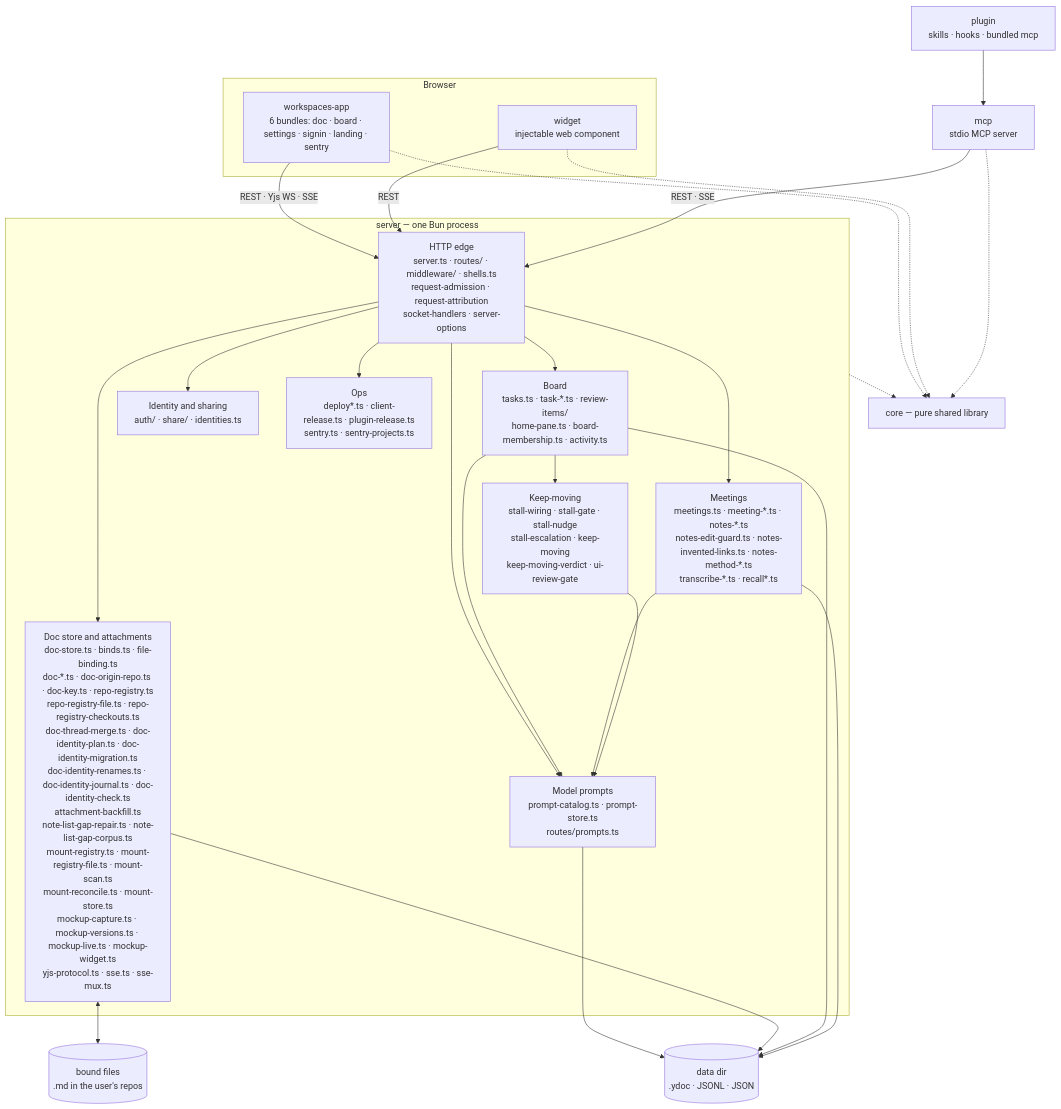
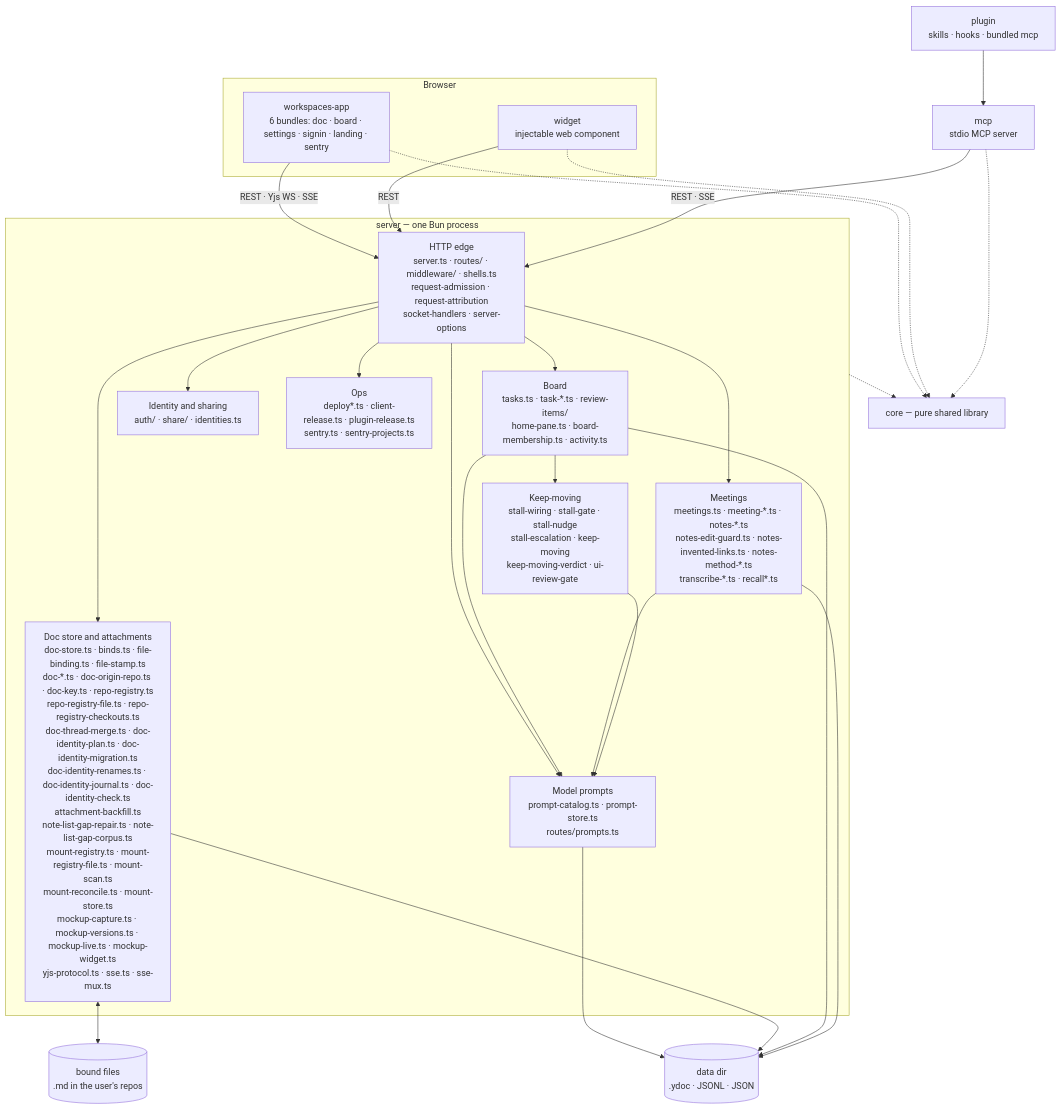
Before and after one commit to fryanpan/claude-workspaces-plugin: the first of 2 diagrams in docs/architecture/overview.md, drawn with Mermaid. The commit also changed other lines of this file and 10 other files, not shown here.

````diff
--- a/docs/architecture/overview.md
+++ b/docs/architecture/overview.md
@@ -45,35 +45,35 @@
 ```mermaid
 flowchart TB
   subgraph browser[Browser]
     app["workspaces-app<br/>6 bundles: doc · board · settings · signin · landing · sentry"]
     wid["widget<br/>injectable web component"]
   end
   plug["plugin<br/>skills · hooks · bundled mcp"]
   mcp["mcp<br/>stdio MCP server"]
   subgraph srv["server — one Bun process"]
     edge["HTTP edge<br/>server.ts · routes/ · middleware/ · shells.ts<br/>request-admission · request-attribution<br/>socket-handlers · server-options"]
-    docs["Doc store and attachments<br/>doc-store.ts · binds.ts · file-binding.ts<br/>doc-*.ts · doc-origin-repo.ts · doc-key.ts · repo-registry.ts<br/>repo-registry-file.ts · repo-registry-checkouts.ts<br/>doc-thread-merge.ts · doc-identity-plan.ts · doc-identity-migration.ts<br/>doc-identity-renames.ts · doc-identity-journal.ts · doc-identity-check.ts<br/>attachment-backfill.ts<br/>note-list-gap-repair.ts · note-list-gap-corpus.ts<br/>mount-registry.ts · mount-registry-file.ts · mount-scan.ts<br/>mount-reconcile.ts · mount-store.ts<br/>mockup-capture.ts · mockup-versions.ts · mockup-live.ts · mockup-widget.ts<br/>yjs-protocol.ts · sse.ts · sse-mux.ts"]
+    docs["Doc store and attachments<br/>doc-store.ts · binds.ts · file-binding.ts · file-stamp.ts<br/>doc-*.ts · doc-origin-repo.ts · doc-key.ts · repo-registry.ts<br/>repo-registry-file.ts · repo-registry-checkouts.ts<br/>doc-thread-merge.ts · doc-identity-plan.ts · doc-identity-migration.ts<br/>doc-identity-renames.ts · doc-identity-journal.ts · doc-identity-check.ts<br/>attachment-backfill.ts<br/>note-list-gap-repair.ts · note-list-gap-corpus.ts<br/>mount-registry.ts · mount-registry-file.ts · mount-scan.ts<br/>mount-reconcile.ts · mount-store.ts<br/>mockup-capture.ts · mockup-versions.ts · mockup-live.ts · mockup-widget.ts<br/>yjs-protocol.ts · sse.ts · sse-mux.ts"]
     board["Board<br/>tasks.ts · task-*.ts · review-items/<br/>home-pane.ts · board-membership.ts · activity.ts"]
     meet["Meetings<br/>meetings.ts · meeting-*.ts · notes-*.ts<br/>notes-edit-guard.ts · notes-invented-links.ts · notes-method-*.ts<br/>transcribe-*.ts · recall*.ts"]
     keep["Keep-moving<br/>stall-wiring · stall-gate · stall-nudge<br/>stall-escalation · keep-moving<br/>keep-moving-verdict · ui-review-gate"]
     ident["Identity and sharing<br/>auth/ · share/ · identities.ts"]
     prompts["Model prompts<br/>prompt-catalog.ts · prompt-store.ts<br/>routes/prompts.ts"]
     ops["Ops<br/>deploy*.ts · client-release.ts · plugin-release.ts<br/>sentry.ts · sentry-projects.ts"]
   end
   core["core — pure shared library"]
   disk[("data dir<br/>.ydoc · JSONL · JSON")]
   files[("bound files<br/>.md in the user's repos")]
 
   app -->|"REST · Yjs WS · SSE"| edge
   wid -->|REST| edge
   plug --> mcp
   mcp -->|"REST · SSE"| edge
   edge --> docs & board & meet & ident & ops & prompts
   board & meet & keep --> prompts
   prompts --> disk
   board --> keep
   docs <--> files
   docs & board & meet --> disk
   app & wid & mcp -.-> core
   srv -.-> core
 ```
````
